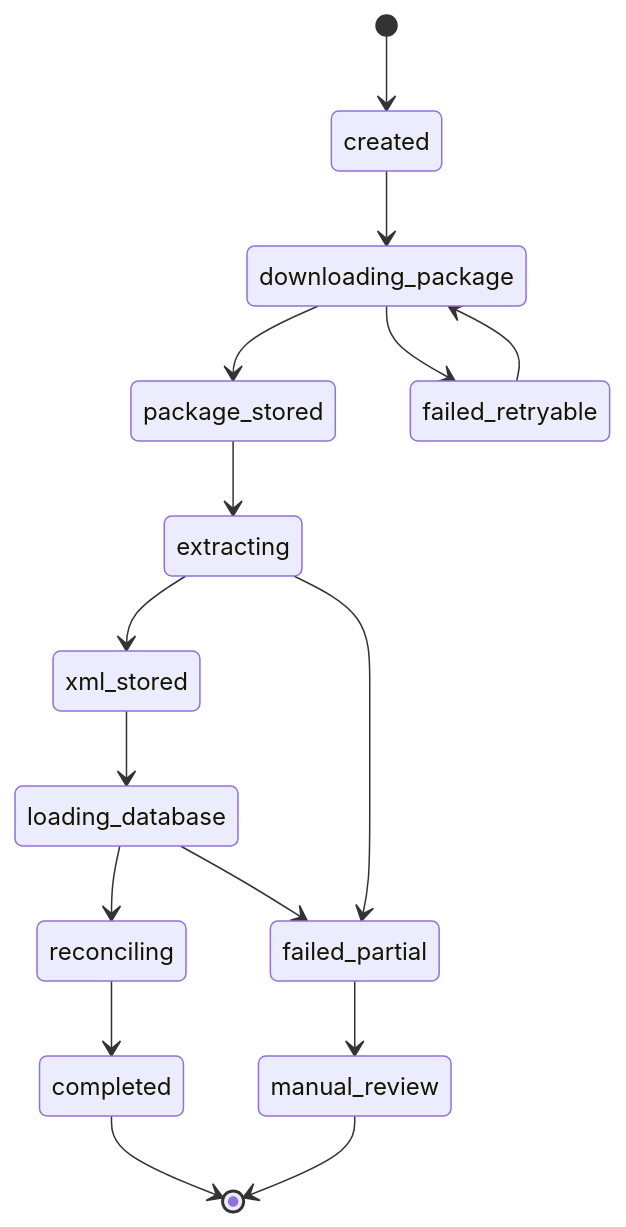
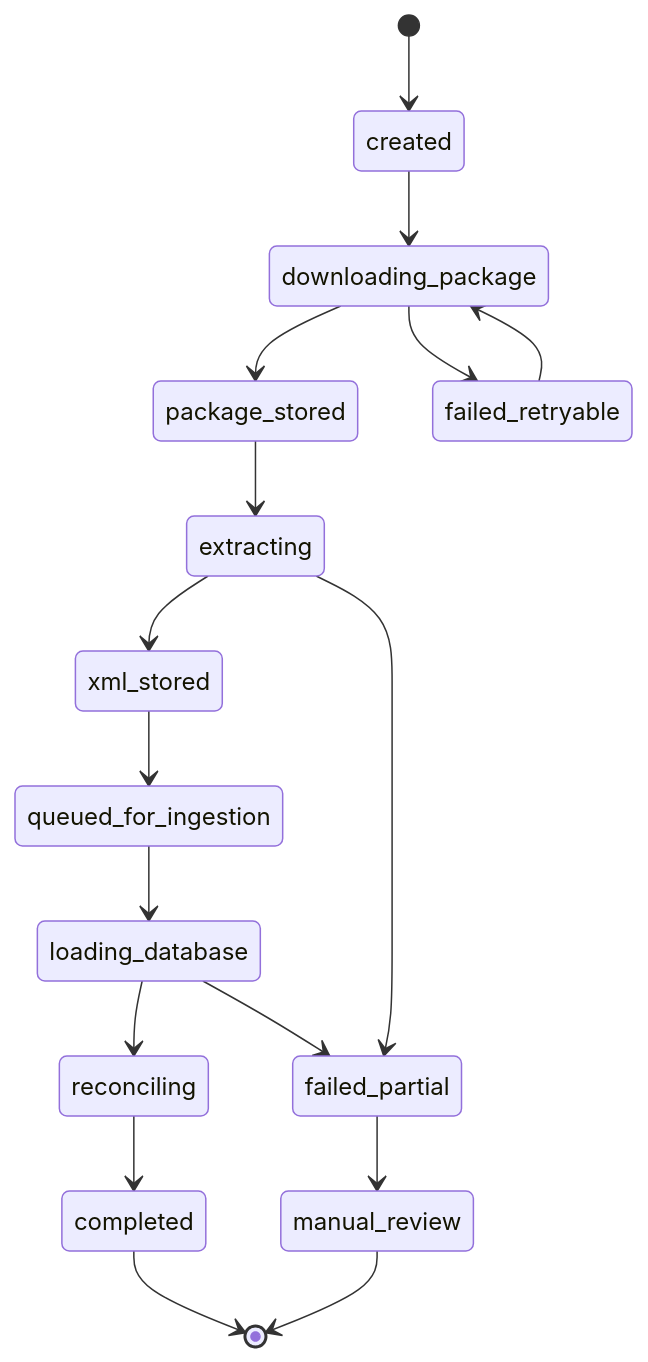
Before and after one commit to Crls8a/cfdi-vault-mx: the second of 2 diagrams in docs/foundation/recovery-pipeline.md, drawn with Mermaid. The commit also changed other lines of this file and 27 other files, not shown here.

Commit message:
docs(architecture): document postgres queue api contract

````diff
--- a/docs/foundation/recovery-pipeline.md
+++ b/docs/foundation/recovery-pipeline.md
@@ -50,18 +54,19 @@
 ```mermaid
 stateDiagram-v2
     [*] --> created
     created --> downloading_package
     downloading_package --> package_stored
     package_stored --> extracting
     extracting --> xml_stored
-    xml_stored --> loading_database
+    xml_stored --> queued_for_ingestion
+    queued_for_ingestion --> loading_database
     loading_database --> reconciling
     reconciling --> completed
     downloading_package --> failed_retryable
     extracting --> failed_partial
     loading_database --> failed_partial
     failed_retryable --> downloading_package
     failed_partial --> manual_review
     completed --> [*]
     manual_review --> [*]
 ```
````
